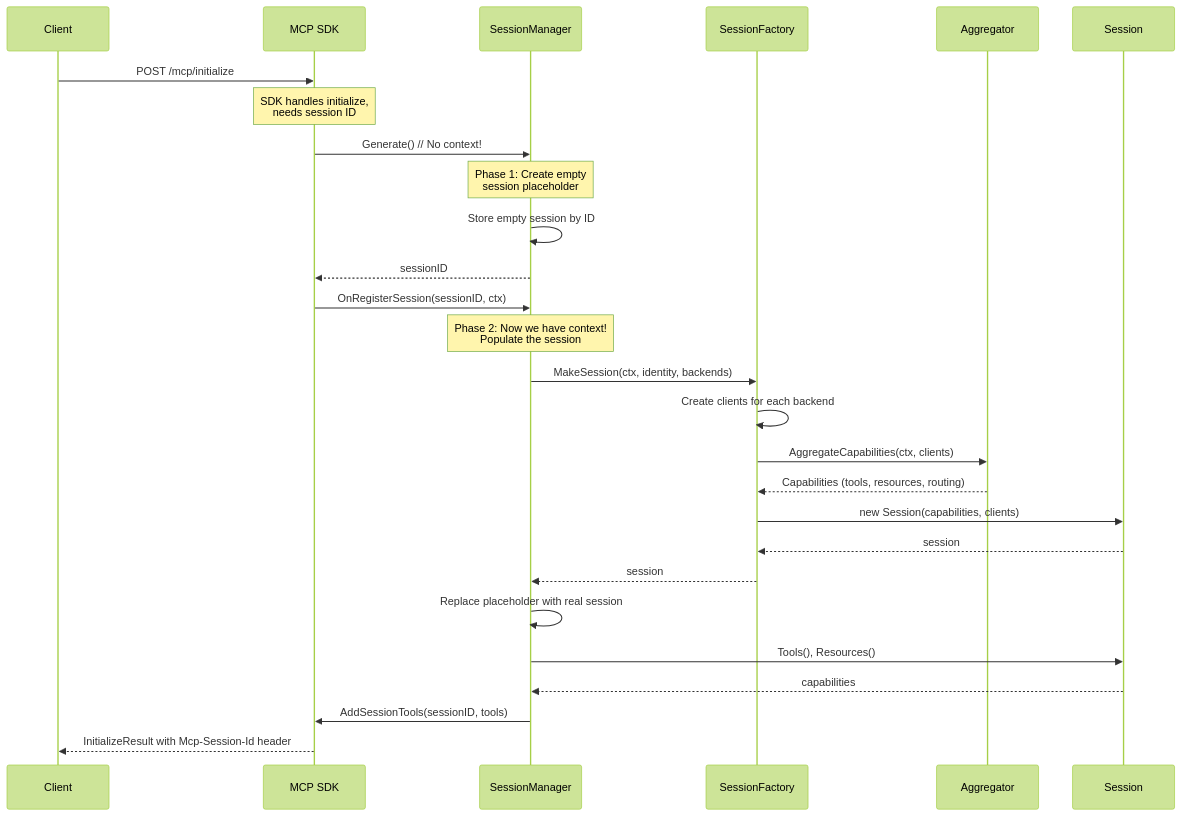
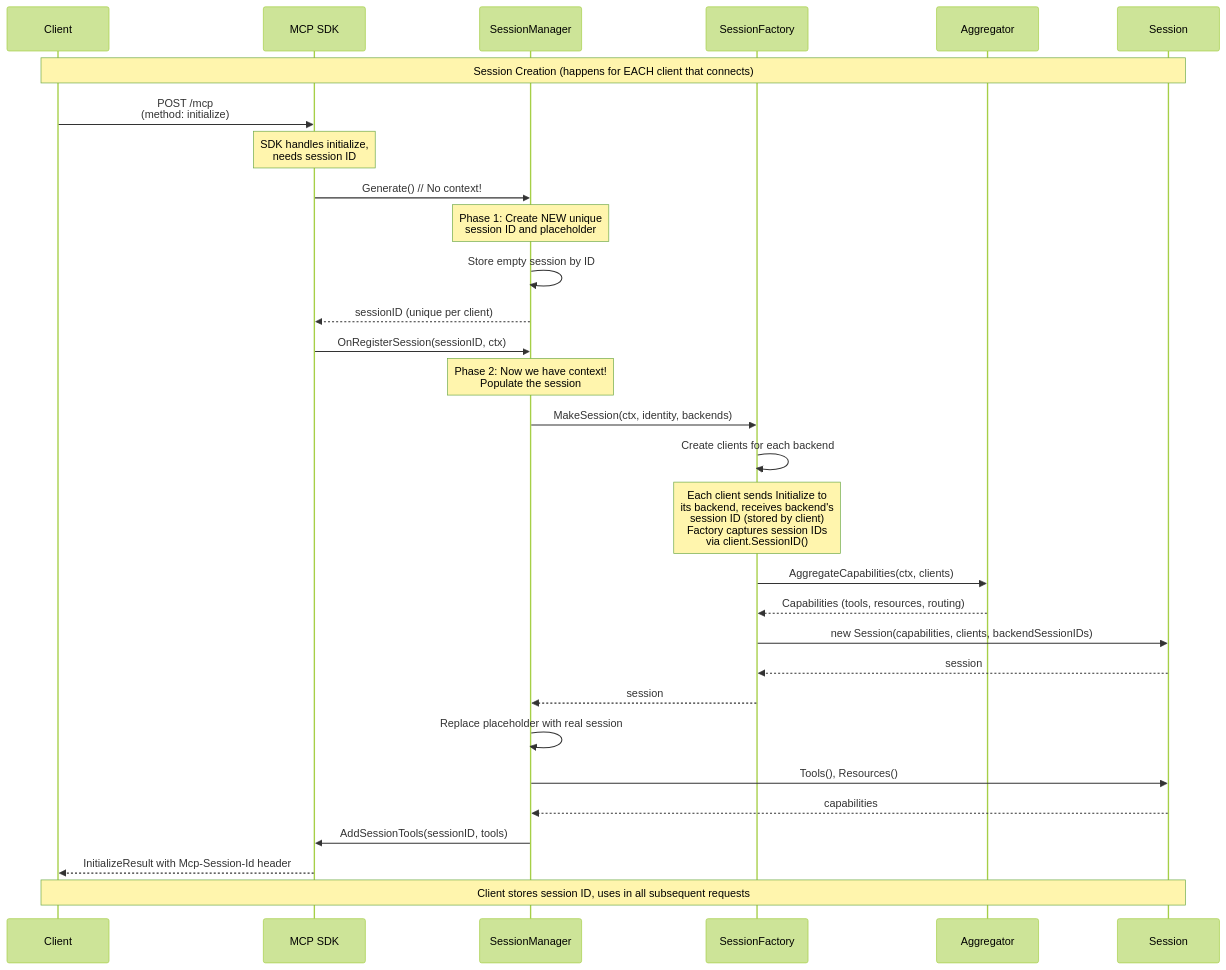
One commit to stacklok/toolhive-rfcs changed the second of 3 diagrams in rfcs/THV-0038-session-scoped-client-lifecycle.md. Above: the diagram before and after it, drawn with Mermaid (forest theme). The commit also changed other lines of this file, not shown here.

````diff
--- a/rfcs/THV-0038-session-scoped-client-lifecycle.md
+++ b/rfcs/THV-0038-session-scoped-client-lifecycle.md
@@ -167,30 +230,35 @@
 ```mermaid
 sequenceDiagram
     participant Client
     participant SDK as MCP SDK
     participant SessionMgr as SessionManager
     participant Factory as SessionFactory
     participant Aggregator
     participant Session
 
-    Client->>SDK: POST /mcp/initialize
+    Note over Client,Session: Session Creation (happens for EACH client that connects)
+
+    Client->>SDK: POST /mcp<br/>(method: initialize)
     Note over SDK: SDK handles initialize,<br/>needs session ID
     SDK->>SessionMgr: Generate() // No context!
-    Note over SessionMgr: Phase 1: Create empty<br/>session placeholder
+    Note over SessionMgr: Phase 1: Create NEW unique<br/>session ID and placeholder
     SessionMgr->>SessionMgr: Store empty session by ID
-    SessionMgr-->>SDK: sessionID
+    SessionMgr-->>SDK: sessionID (unique per client)
     SDK->>SessionMgr: OnRegisterSession(sessionID, ctx)
     Note over SessionMgr: Phase 2: Now we have context!<br/>Populate the session
     SessionMgr->>Factory: MakeSession(ctx, identity, backends)
     Factory->>Factory: Create clients for each backend
+    Note over Factory: Each client sends Initialize to<br/>its backend, receives backend's<br/>session ID (stored by client)<br/>Factory captures session IDs<br/>via client.SessionID()
     Factory->>Aggregator: AggregateCapabilities(ctx, clients)
     Aggregator-->>Factory: Capabilities (tools, resources, routing)
-    Factory->>Session: new Session(capabilities, clients)
+    Factory->>Session: new Session(capabilities, clients, backendSessionIDs)
     Session-->>Factory: session
     Factory-->>SessionMgr: session
     SessionMgr->>SessionMgr: Replace placeholder with real session
     SessionMgr->>Session: Tools(), Resources()
     Session-->>SessionMgr: capabilities
     SessionMgr->>SDK: AddSessionTools(sessionID, tools)
     SDK-->>Client: InitializeResult with Mcp-Session-Id header
+
+    Note over Client,Session: Client stores session ID, uses in all subsequent requests
 ```
````
